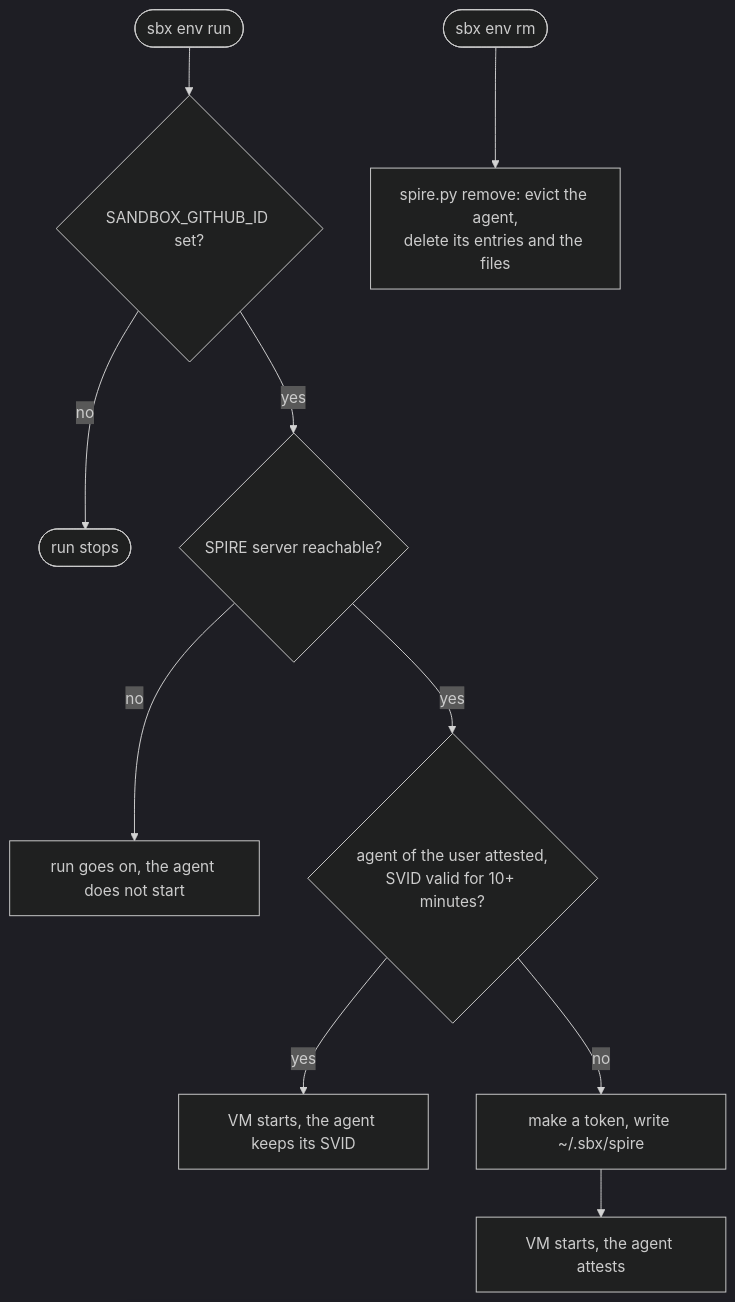
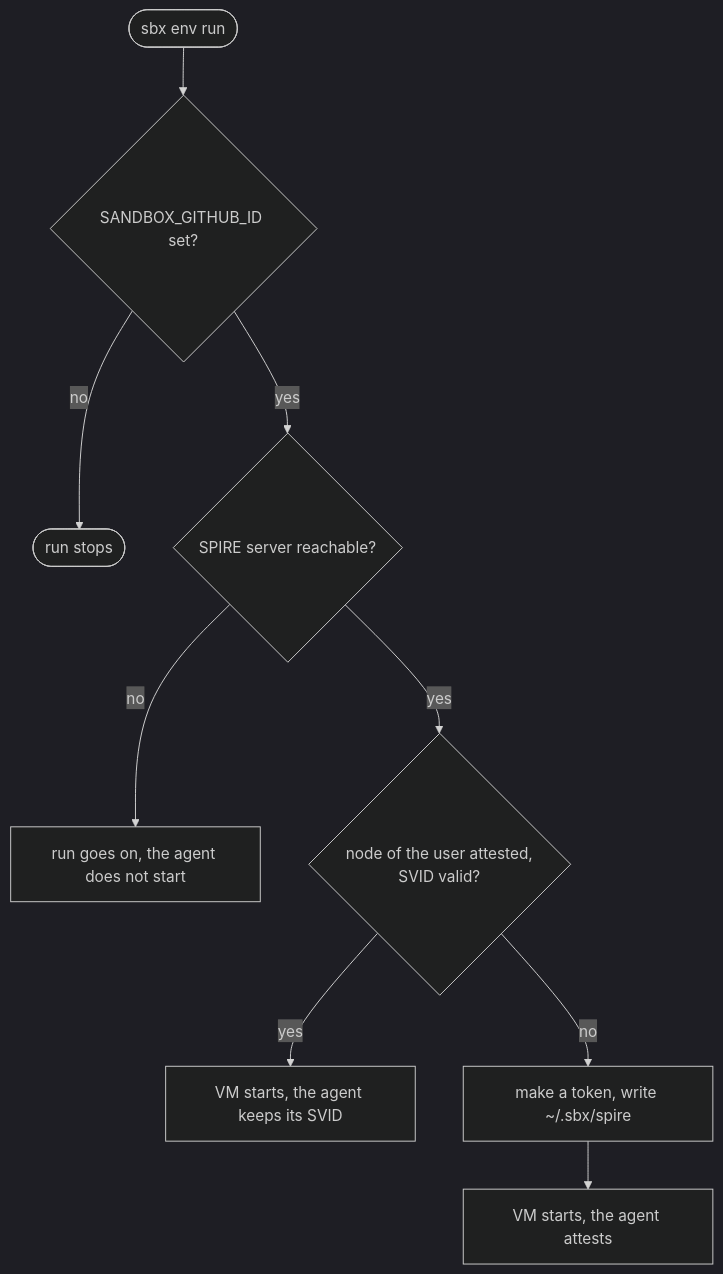
The second of 2 diagrams in .sbx/docs/node-identity.md (raghav19/engineersdaybook), drawn with Mermaid (dark theme) before and after one commit. The commit also changed other lines of this file and 3 other files, not shown here.

First line of the commit message:
Simplify spire.py to the enroll flow

````diff
--- a/.sbx/docs/node-identity.md
+++ b/.sbx/docs/node-identity.md
@@ -25,12 +25,11 @@
 ```mermaid
 flowchart TD
     run(["sbx env run"]) --> id{"SANDBOX_GITHUB_ID set?"}
     id -- no --> stop(["run stops"])
     id -- yes --> cluster{"SPIRE server reachable?"}
     cluster -- no --> skip["run goes on, the agent does not start"]
-    cluster -- yes --> attested{"agent of the user attested,<br/>SVID valid for 10+ minutes?"}
+    cluster -- yes --> attested{"node of the user attested,<br/>SVID valid?"}
     attested -- yes --> keep["VM starts, the agent keeps its SVID"]
     attested -- no --> token["make a token, write ~/.sbx/spire"]
     token --> attest["VM starts, the agent attests"]
-    rm(["sbx env rm"]) --> remove["spire.py remove: evict the agent,<br/>delete its entries and the files"]
 ```
````
